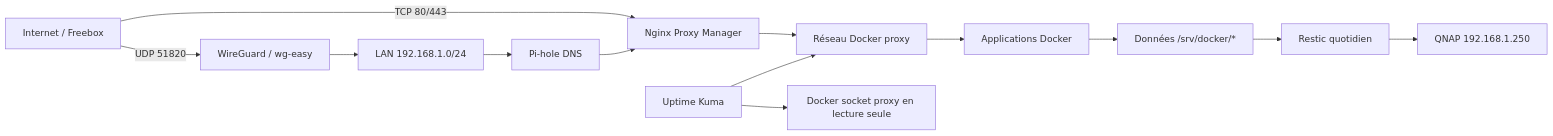
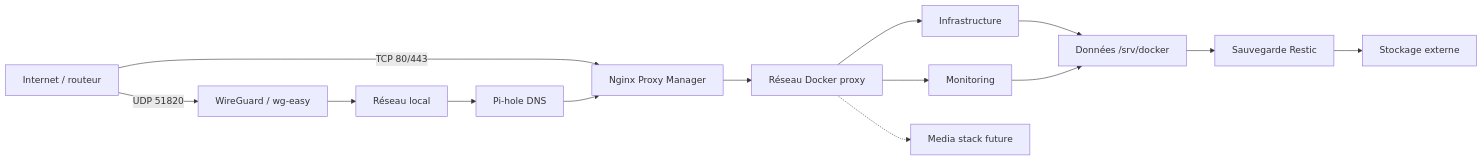
One commit to Eldayia/homelab changed the diagram in docs/architecture.md. Above: the diagram before and after it, drawn with Mermaid. The commit also changed other lines of this file and 31 other files, not shown here.

````diff
--- a/docs/architecture.md
+++ b/docs/architecture.md
@@ -5,15 +5,16 @@
 ```mermaid
 flowchart LR
-  Internet["Internet / Freebox"] -->|"TCP 80/443"| NPM["Nginx Proxy Manager"]
+  Internet["Internet / routeur"] -->|"TCP 80/443"| NPM["Nginx Proxy Manager"]
   Internet -->|"UDP 51820"| WG["WireGuard / wg-easy"]
-  LAN["LAN 192.168.1.0/24"] --> PI["Pi-hole DNS"]
+  LAN["Réseau local"] --> PI["Pi-hole DNS"]
   WG --> LAN
   PI --> NPM
   NPM --> PROXY["Réseau Docker proxy"]
-  PROXY --> APPS["Applications Docker"]
-  APPS --> DATA["Données /srv/docker/*"]
-  DATA --> RESTIC["Restic quotidien"]
-  RESTIC --> QNAP["QNAP 192.168.1.250"]
-  KUMA["Uptime Kuma"] --> PROXY
-  KUMA --> SOCK["Docker socket proxy en lecture seule"]
+  PROXY --> INFRA["Infrastructure"]
+  PROXY --> MON["Monitoring"]
+  PROXY -.-> MEDIA["Media stack future"]
+  INFRA --> DATA["Données /srv/docker"]
+  MON --> DATA
+  DATA --> RESTIC["Sauvegarde Restic"]
+  RESTIC --> NAS["Stockage externe"]
 ```
````
